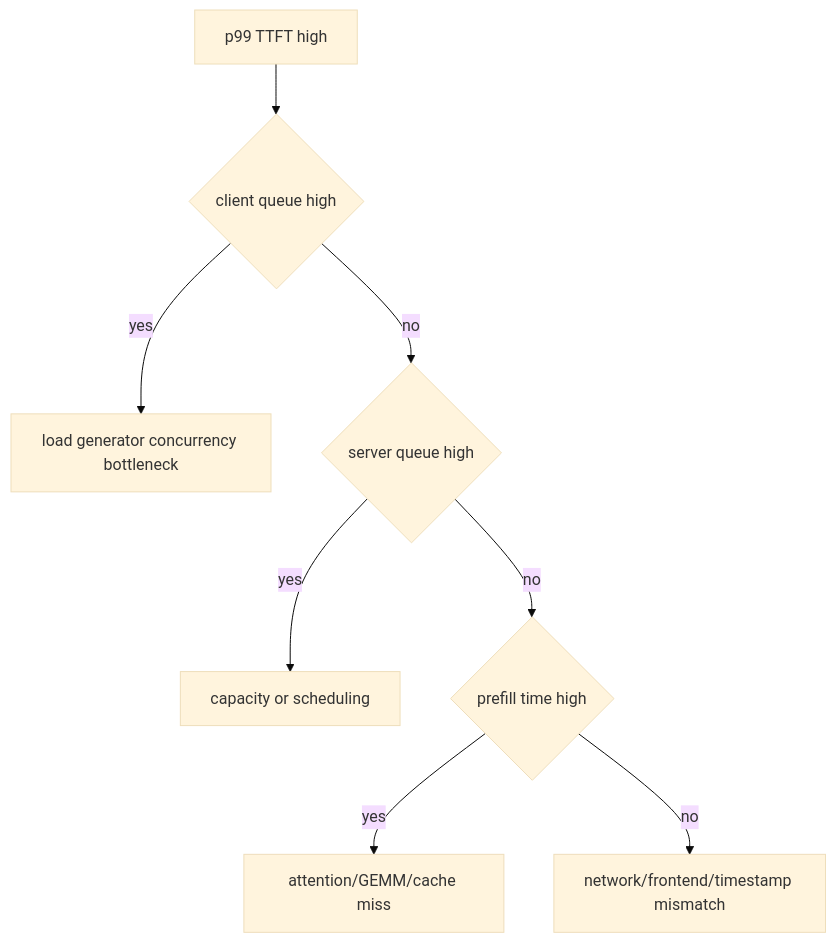
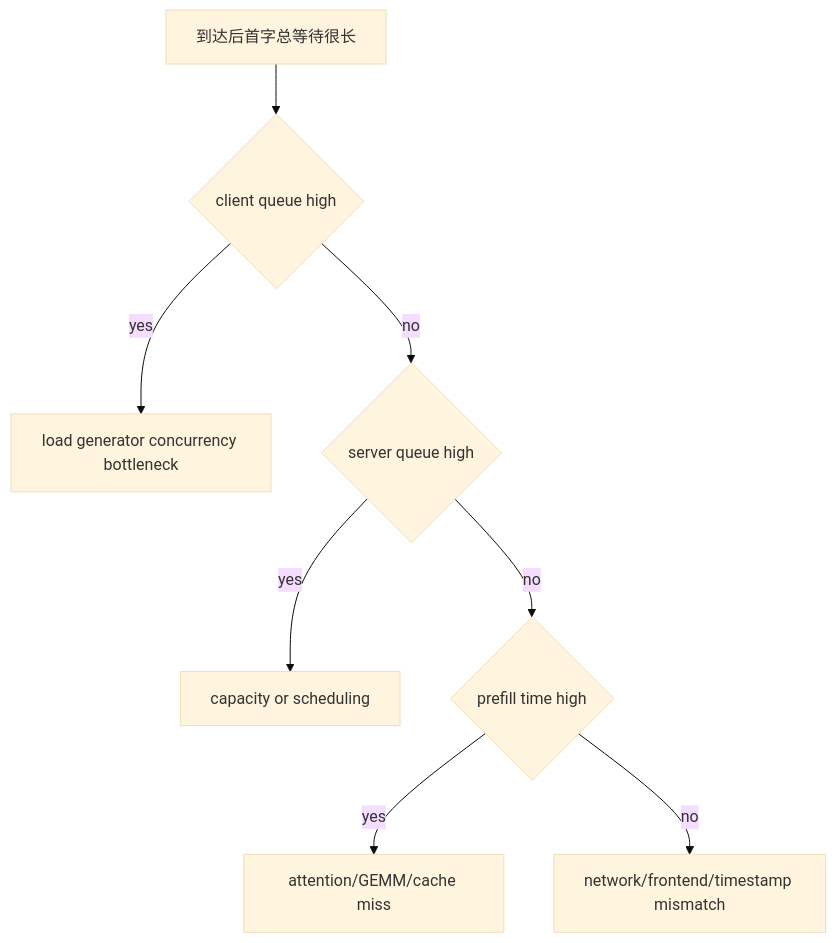
Before and after one commit to cluster1900/vllm_reader: diagram 12 of 14 in book/10-experiments/README.md, drawn with Mermaid (base theme). The commit also changed other lines of this file and 38 other files, not shown here.

````diff
--- a/book/10-experiments/README.md
+++ b/book/10-experiments/README.md
@@ -1017,10 +1058,10 @@
 ```mermaid
 flowchart TD
-    A[p99 TTFT high] --> B{client queue high}
+    A[到达后首字总等待很长] --> B{client queue high}
     B -- yes --> C[load generator concurrency bottleneck]
     B -- no --> D{server queue high}
     D -- yes --> E[capacity or scheduling]
     D -- no --> F{prefill time high}
     F -- yes --> G[attention/GEMM/cache miss]
     F -- no --> H[network/frontend/timestamp mismatch]
 ```
````
